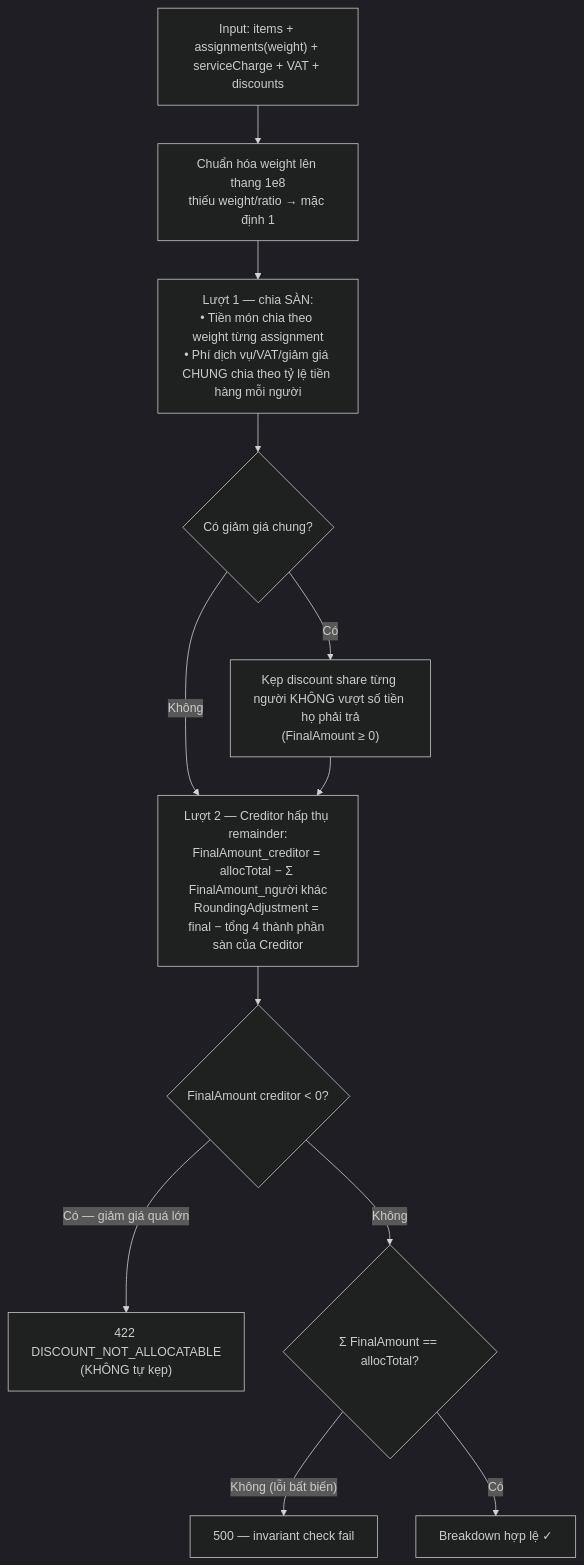
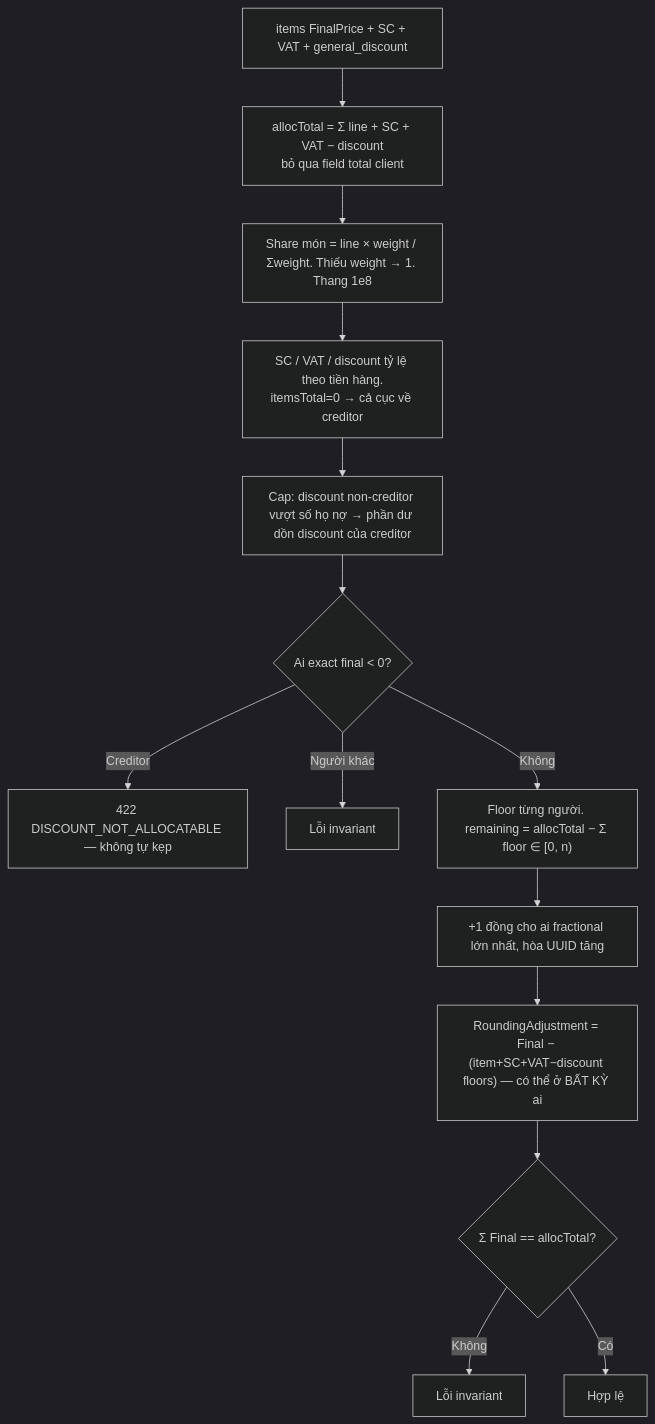
One commit to FintechVSF-Tranning/PaySplit-RP changed the second of 9 diagrams in flow/03-bill.md. Above: the diagram before and after it, drawn with Mermaid (dark theme). The commit also changed other lines of this file and 8 other files, not shown here.

````diff
--- a/flow/03-bill.md
+++ b/flow/03-bill.md
@@ -39,14 +75,16 @@
 ```mermaid
 flowchart TD
-    A["Input: items + assignments(weight) + serviceCharge + VAT + discounts"] --> B["Chuẩn hóa weight lên thang 1e8<br/>thiếu weight/ratio → mặc định 1"]
-    B --> C["Lượt 1 — chia SÀN:<br/>• Tiền món chia theo weight từng assignment<br/>• Phí dịch vụ/VAT/giảm giá CHUNG chia theo tỷ lệ tiền hàng mỗi người"]
-    C --> D{"Có giảm giá chung?"}
-    D -->|"Có"| E["Kẹp discount share từng người KHÔNG vượt số tiền họ phải trả<br/>(FinalAmount ≥ 0)"]
-    D -->|"Không"| F
-    E --> F["Lượt 2 — Creditor hấp thụ remainder:<br/>FinalAmount_creditor = allocTotal − Σ FinalAmount_người khác<br/>RoundingAdjustment = final − tổng 4 thành phần sàn của Creditor"]
-    F --> G{"FinalAmount creditor < 0?"}
-    G -->|"Có — giảm giá quá lớn"| H["422 DISCOUNT_NOT_ALLOCATABLE<br/>(KHÔNG tự kẹp)"]
-    G -->|"Không"| I{"Σ FinalAmount == allocTotal?"}
-    I -->|"Không (lỗi bất biến)"| J["500 — invariant check fail"]
-    I -->|"Có"| K["Breakdown hợp lệ ✓"]
+    A["items FinalPrice + SC + VAT + general_discount"] --> B["allocTotal = Σ line + SC + VAT − discount<br/>bỏ qua field total client"]
+    B --> C["Share món = line × weight / Σweight. Thiếu weight → 1. Thang 1e8"]
+    C --> D["SC / VAT / discount tỷ lệ theo tiền hàng.<br/>itemsTotal=0 → cả cục về creditor"]
+    D --> E["Cap: discount non-creditor vượt số họ nợ → phần dư dồn discount của creditor"]
+    E --> F{"Ai exact final < 0?"}
+    F -->|"Creditor"| G["422 DISCOUNT_NOT_ALLOCATABLE — không tự kẹp"]
+    F -->|"Người khác"| H["Lỗi invariant"]
+    F -->|"Không"| I["Floor từng người. remaining = allocTotal − Σ floor ∈ [0, n)"]
+    I --> J["+1 đồng cho ai fractional lớn nhất, hòa UUID tăng"]
+    J --> K["RoundingAdjustment = Final − (item+SC+VAT−discount floors) — có thể ở BẤT KỲ ai"]
+    K --> L{"Σ Final == allocTotal?"}
+    L -->|"Không"| M["Lỗi invariant"]
+    L -->|"Có"| N["Hợp lệ"]
 ```
````
